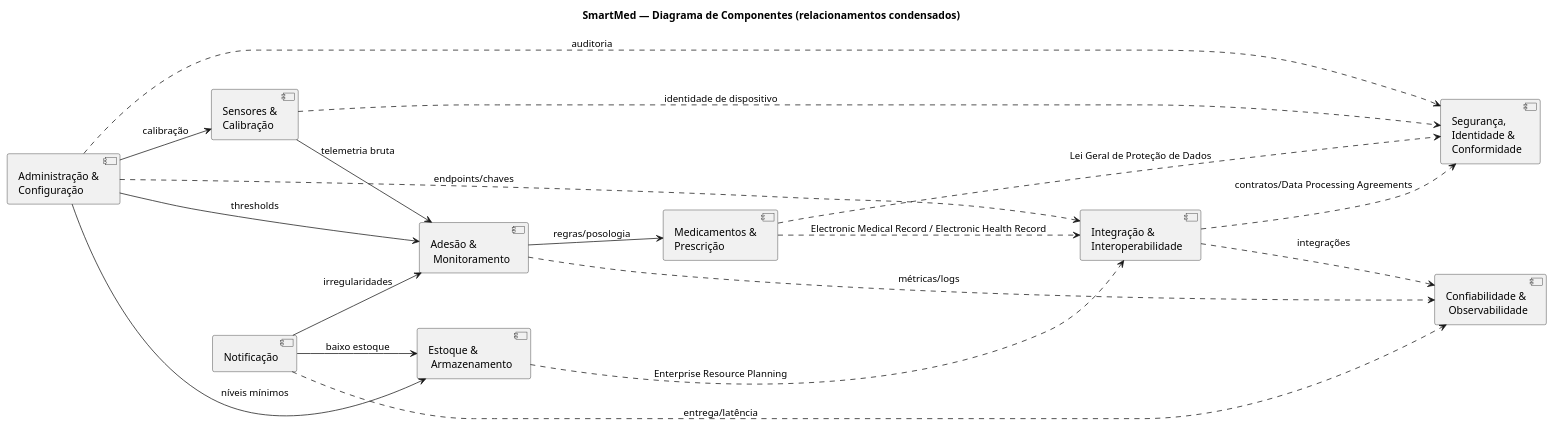
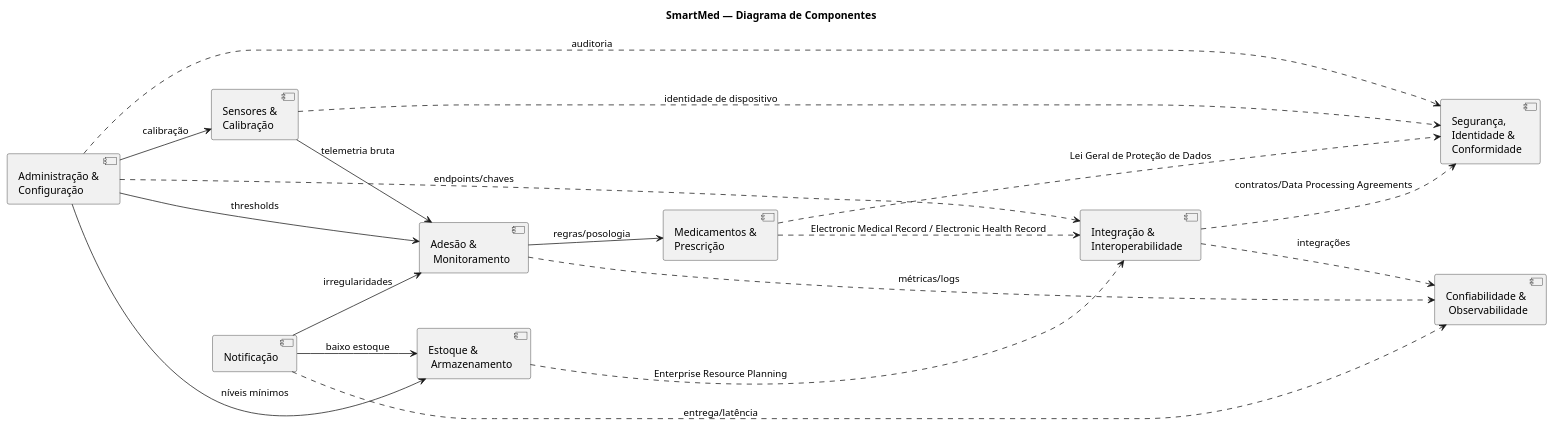
One commit to carloshenriquehannas/TCC changed the diagram in LLM-Diagramas/SmartMed/componentes2-SmartMed.puml. Above: the diagram before and after it, drawn with PlantUML. The commit also changed 1 other file, not shown here.

```diff
--- a/LLM-Diagramas/SmartMed/componentes2-SmartMed.puml
+++ b/LLM-Diagramas/SmartMed/componentes2-SmartMed.puml
@@ -1,51 +1,51 @@
 @startuml componentes2-smartmed
-title SmartMed — Diagrama de Componentes (relacionamentos condensados)
+title SmartMed — Diagrama de Componentes
 
 left to right direction
 'skinparam linetype ortho
 
 ' =========================
 ' Componentes
 ' =========================
 component "Notificação"                                   as C_Notificacao
 component "Adesão &\n Monitoramento"                       as C_AdesaoMonitoramento
 component "Medicamentos & \nPrescrição"                    as C_MedicamentosPrescricao
 component "Estoque &\n Armazenamento"                      as C_EstoqueArmazenamento
 component "Administração & \nConfiguração"                 as C_AdminConfiguracao
 component "Sensores & \nCalibração"                        as C_SensoresCalibracao
 component "Segurança, \nIdentidade & \nConformidade"         as C_SegurancaIdentidadeConformidade
 component "Integração & \nInteroperabilidade"              as C_IntegracaoInteroperabilidade
 component "Confiabilidade &\n Observabilidade" as C_ConfiabilidadeObservabilidade
 
 ' =========================
 ' Relações (mantendo semântica; condensadas)
 ' =========================
 
 ' 1) Fluxos funcionais principais (colaboração → linha cheia)
 C_SensoresCalibracao        --> C_AdesaoMonitoramento           : telemetria bruta
 C_AdesaoMonitoramento       --> C_MedicamentosPrescricao        : regras/posologia
 C_Notificacao               --> C_AdesaoMonitoramento           : irregularidades
 C_Notificacao               --> C_EstoqueArmazenamento          : baixo estoque
 
 ' 2) Administração/Configuração (negócio → linha cheia)
 C_AdminConfiguracao         --> C_AdesaoMonitoramento           : thresholds
 C_AdminConfiguracao         --> C_EstoqueArmazenamento          : níveis mínimos
 C_AdminConfiguracao         --> C_SensoresCalibracao            : calibração
 
 ' 3) Integrações externas (dependência → seta tracejada)
 C_MedicamentosPrescricao    ..> C_IntegracaoInteroperabilidade  : Electronic Medical Record / Electronic Health Record
 C_EstoqueArmazenamento      ..> C_IntegracaoInteroperabilidade  : Enterprise Resource Planning
 C_AdminConfiguracao         ..> C_IntegracaoInteroperabilidade  : endpoints/chaves
 
 ' 4) Cross-cutting: Segurança/Identidade/LGPD (dependência → seta tracejada)
 C_MedicamentosPrescricao    ..> C_SegurancaIdentidadeConformidade : Lei Geral de Proteção de Dados
 C_SensoresCalibracao        ..> C_SegurancaIdentidadeConformidade : identidade de dispositivo
 C_IntegracaoInteroperabilidade ..> C_SegurancaIdentidadeConformidade : contratos/Data Processing Agreements
 C_AdminConfiguracao         ..> C_SegurancaIdentidadeConformidade : auditoria
 
 ' 5) Operações/Observabilidade (dependência → seta tracejada)
 C_AdesaoMonitoramento       ..> C_ConfiabilidadeObservabilidade : métricas/logs
 C_Notificacao               ..> C_ConfiabilidadeObservabilidade : entrega/latência
 C_IntegracaoInteroperabilidade ..> C_ConfiabilidadeObservabilidade : integrações
 
 @enduml
```
